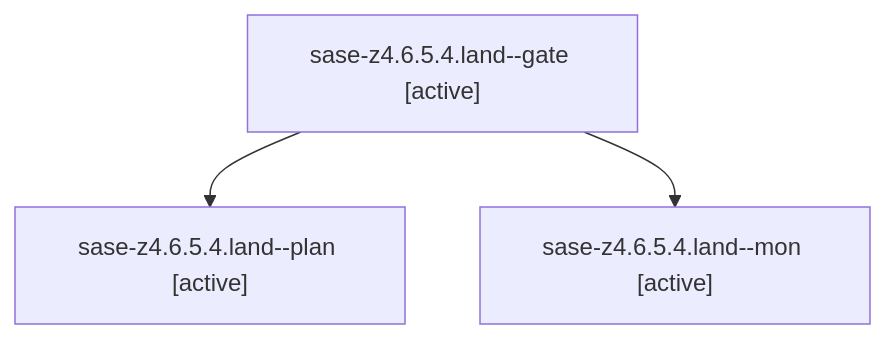
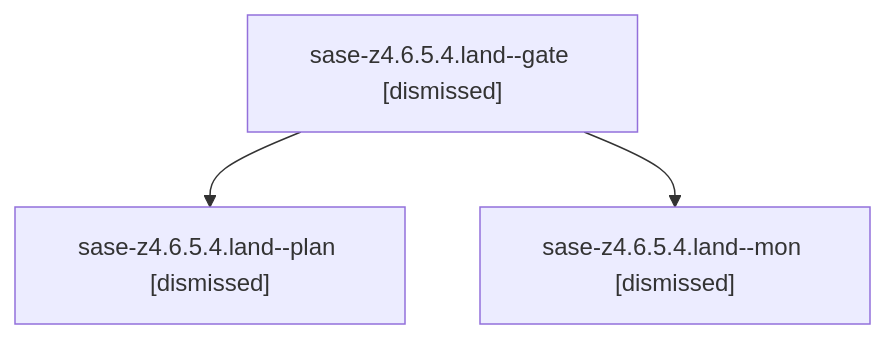
One commit to sase-org/sase--agents changed the diagram in sessions/bbugyi200.athena.sase-z4.6.5.4.land.md. Above: the diagram before and after it, drawn with Mermaid. The commit also changed other lines of this file and 157 other files, not shown here.

````diff
--- a/sessions/bbugyi200.athena.sase-z4.6.5.4.land.md
+++ b/sessions/bbugyi200.athena.sase-z4.6.5.4.land.md
@@ -9,8 +9,8 @@
 ```mermaid
 flowchart TD
-  n0["sase-z4.6.5.4.land--gate [active]"]
-  n1["sase-z4.6.5.4.land--plan [active]"]
+  n0["sase-z4.6.5.4.land--gate [dismissed]"]
+  n1["sase-z4.6.5.4.land--plan [dismissed]"]
   n0 --> n1
-  n2["sase-z4.6.5.4.land--mon [active]"]
+  n2["sase-z4.6.5.4.land--mon [dismissed]"]
   n0 --> n2
 ```
````
